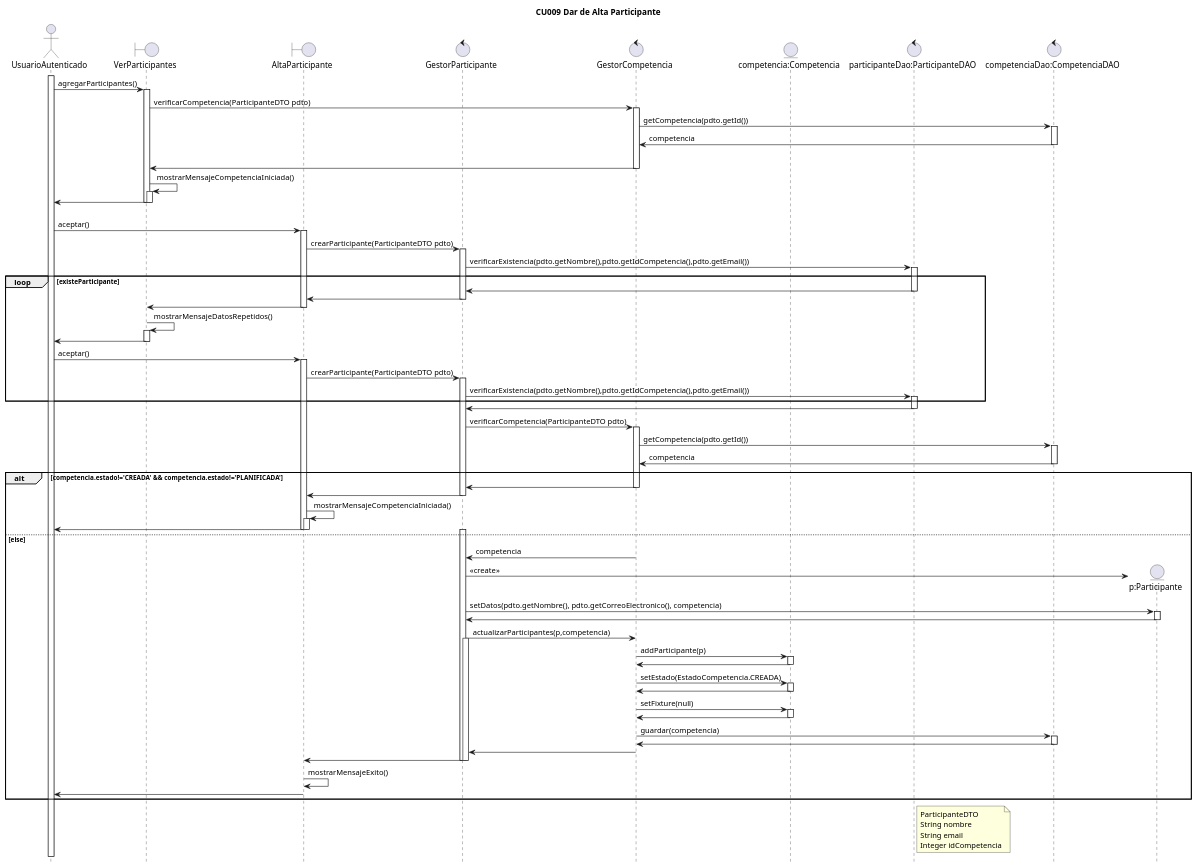
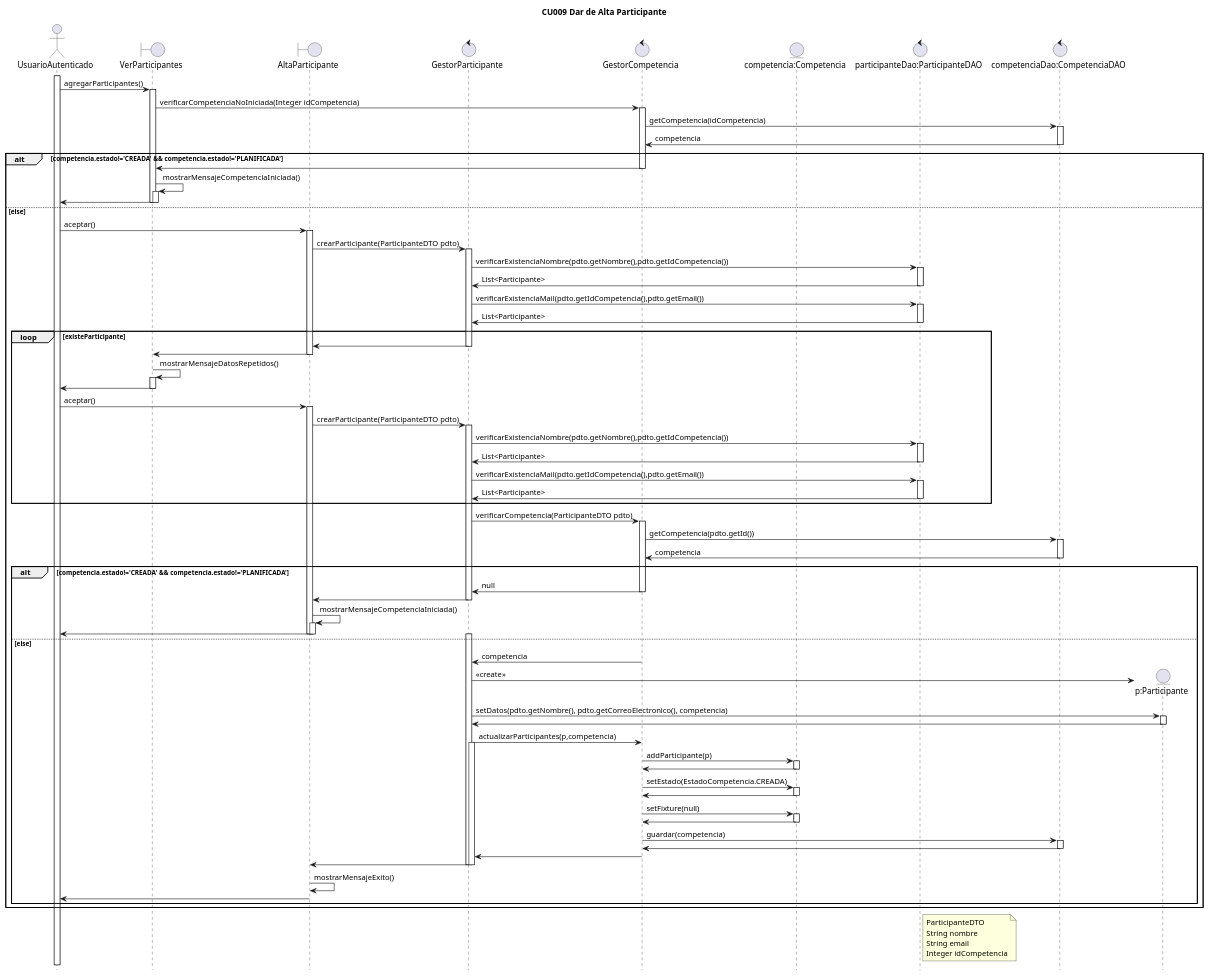
The diagram in documentacion/codigos/cu009.puml (fideldalmasso/dondeJuego), drawn with PlantUML before and after one commit. The commit also changed other lines of this file and 10 other files, not shown here.

Commit message:
Diagramas

```diff
--- a/documentacion/codigos/cu009.puml
+++ b/documentacion/codigos/cu009.puml
@@ -6,143 +6,151 @@
 @startuml
 
 actor UsuarioAutenticado
 title CU009 Dar de Alta Participante
 boundary VerParticipantes
 boundary AltaParticipante
 control GestorParticipante
 control GestorCompetencia
 entity "competencia:Competencia" as CC
 control "participanteDao:ParticipanteDAO" as PD
 control "competenciaDao:CompetenciaDAO" as CD
 
 activate UsuarioAutenticado
 UsuarioAutenticado -> VerParticipantes: agregarParticipantes()
 
 activate VerParticipantes
-VerParticipantes -> GestorCompetencia: verificarCompetencia(ParticipanteDTO pdto)
+VerParticipantes -> GestorCompetencia: verificarCompetenciaNoIniciada(Integer idCompetencia)
 activate GestorCompetencia
-GestorCompetencia -> CD: getCompetencia(pdto.getId())
+GestorCompetencia -> CD: getCompetencia(idCompetencia)
 activate CD
 CD -> GestorCompetencia: competencia
 deactivate CD
 
 
 
 
-alt competencia.estado!='CREADA' && competencia.estado!='PLANIFICADA2'
+alt competencia.estado!='CREADA' && competencia.estado!='PLANIFICADA'
     GestorCompetencia -> VerParticipantes
     deactivate GestorCompetencia
 VerParticipantes -> VerParticipantes: mostrarMensajeCompetenciaIniciada()
     activate VerParticipantes
     VerParticipantes -> UsuarioAutenticado
     deactivate VerParticipantes
     deactivate VerParticipantes
     
 else else
 
 UsuarioAutenticado -> AltaParticipante: aceptar()
 
 activate AltaParticipante
 AltaParticipante -> GestorParticipante: crearParticipante(ParticipanteDTO pdto)
 activate GestorParticipante
 
 
-GestorParticipante -> PD: verificarExistencia(pdto.getNombre(),pdto.getIdCompetencia(),pdto.getEmail())
+GestorParticipante -> PD: verificarExistenciaNombre(pdto.getNombre(),pdto.getIdCompetencia())
 activate PD
+PD -> GestorParticipante: List<Participante>
+deactivate PD
+GestorParticipante -> PD: verificarExistenciaMail(pdto.getIdCompetencia(),pdto.getEmail())
+activate PD
+PD -> GestorParticipante: List<Participante>
+deactivate PD
 loop existeParticipante
-PD -> GestorParticipante
- deactivate PD
 GestorParticipante -> AltaParticipante
  deactivate GestorParticipante
 AltaParticipante -> VerParticipantes
     deactivate AltaParticipante
 VerParticipantes -> VerParticipantes: mostrarMensajeDatosRepetidos()
     activate VerParticipantes
     VerParticipantes -> UsuarioAutenticado
     deactivate VerParticipantes
     UsuarioAutenticado -> AltaParticipante: aceptar()
     activate AltaParticipante
 AltaParticipante -> GestorParticipante: crearParticipante(ParticipanteDTO pdto)
 activate GestorParticipante
-    GestorParticipante -> PD: verificarExistencia(pdto.getNombre(),pdto.getIdCompetencia(),pdto.getEmail())
+    GestorParticipante -> PD: verificarExistenciaNombre(pdto.getNombre(),pdto.getIdCompetencia())
 activate PD
+PD -> GestorParticipante: List<Participante>
+deactivate PD
+GestorParticipante -> PD: verificarExistenciaMail(pdto.getIdCompetencia(),pdto.getEmail())
+activate PD
+PD -> GestorParticipante: List<Participante>
+deactivate PD
 
 end
 
-PD -> GestorParticipante
- deactivate PD
 
 GestorParticipante -> GestorCompetencia: verificarCompetencia(ParticipanteDTO pdto)
 activate GestorCompetencia
 GestorCompetencia -> CD: getCompetencia(pdto.getId())
 activate CD
 CD -> GestorCompetencia: competencia
 deactivate CD
 
 
 
 
 alt competencia.estado!='CREADA' && competencia.estado!='PLANIFICADA'
-    GestorCompetencia -> GestorParticipante
+    GestorCompetencia -> GestorParticipante: null
     deactivate GestorCompetencia
 GestorParticipante -> AltaParticipante
 deactivate GestorParticipante
 AltaParticipante-> AltaParticipante: mostrarMensajeCompetenciaIniciada()
     activate AltaParticipante
     AltaParticipante-> UsuarioAutenticado
     deactivate AltaParticipante
     deactivate AltaParticipante
     
 else else
 activate GestorParticipante
 GestorCompetencia -> GestorParticipante: competencia
 deactivate GestorCompetencia
 create entity "p:Participante" as PP
 
 GestorParticipante -> PP: <<create>>
 GestorParticipante -> PP: setDatos(pdto.getNombre(), pdto.getCorreoElectronico(), competencia)
 
 activate PP
 PP -> GestorParticipante
 deactivate PP
 GestorParticipante -> GestorCompetencia: actualizarParticipantes(p,competencia)  
 activate GestorParticipante
 GestorCompetencia -> CC: addParticipante(p)
 activate CC  
 CC -> GestorCompetencia
 deactivate CC
 GestorCompetencia -> CC: setEstado(EstadoCompetencia.CREADA)
 activate CC  
 CC -> GestorCompetencia
 deactivate CC
 GestorCompetencia -> CC: setFixture(null)
 activate CC  
 CC -> GestorCompetencia
 deactivate CC
 GestorCompetencia -> CD: guardar(competencia)
 activate CD
 CD -> GestorCompetencia
 deactivate CD
 GestorCompetencia -> GestorParticipante
 deactivate GestorCompetencia
 GestorParticipante -> AltaParticipante
 deactivate GestorParticipante
 deactivate GestorParticipante
 deactivate GestorParticipante
 
 AltaParticipante -> AltaParticipante: mostrarMensajeExito()
 
 AltaParticipante -> UsuarioAutenticado  
 deactivate AltaParticipante  
 end
-
+end
 note right of PD
 ParticipanteDTO
 String nombre
 String email
 Integer idCompetencia
 end note
 
 hide footbox
 
 @enduml
```
